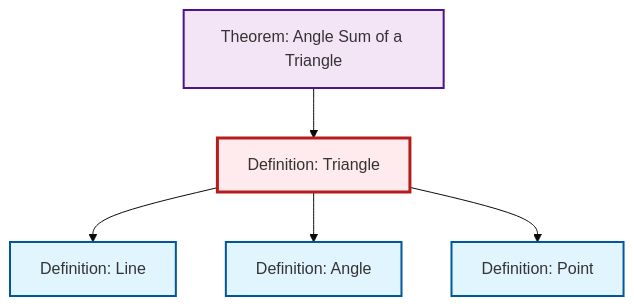
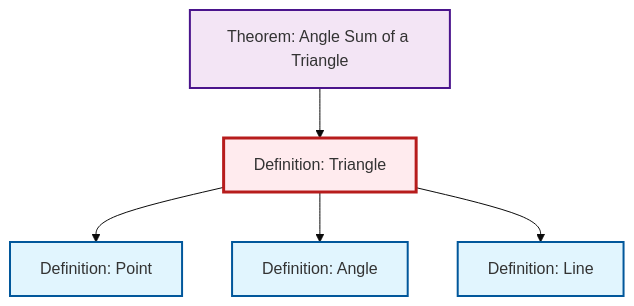
One commit to RK0429/ModernMath changed the diagram in content/ja/geometry/def-triangle.qmd. Above: the diagram before and after it, drawn with Mermaid (base theme). The commit also changed other lines of this file and 360 other files, not shown here.

````diff
--- a/content/ja/geometry/def-triangle.qmd
+++ b/content/ja/geometry/def-triangle.qmd
@@ -60,23 +60,23 @@
 ```{mermaid}
 %%| fig-cap: "Local dependency graph"
 graph TD
     classDef definition fill:#e1f5fe,stroke:#01579b,stroke-width:2px
     classDef theorem fill:#f3e5f5,stroke:#4a148c,stroke-width:2px
     classDef axiom fill:#fff3e0,stroke:#e65100,stroke-width:2px
     classDef example fill:#e8f5e9,stroke:#1b5e20,stroke-width:2px
     classDef current fill:#ffebee,stroke:#b71c1c,stroke-width:3px
-    def-point["Definition: Point"]:::definition
-    def-line["Definition: Line"]:::definition
     thm-angle-sum-triangle["Theorem: Angle Sum of a Triangle"]:::theorem
     def-angle["Definition: Angle"]:::definition
     def-triangle["Definition: Triangle"]:::definition
-    def-triangle --> def-line
-    def-triangle --> def-angle
+    def-point["Definition: Point"]:::definition
+    def-line["Definition: Line"]:::definition
     thm-angle-sum-triangle --> def-triangle
     def-triangle --> def-point
+    def-triangle --> def-angle
+    def-triangle --> def-line
     class def-triangle current
+    click thm-angle-sum-triangle "thm-angle-sum-triangle.html" "Theorem: Angle Sum of a Triangleへ"
+    click def-angle "def-angle.html" "Definition: Angleへ"
     click def-point "def-point.html" "Definition: Pointへ"
     click def-line "def-line.html" "Definition: Lineへ"
-    click thm-angle-sum-triangle "thm-angle-sum-triangle.html" "Theorem: Angle Sum of a Triangleへ"
-    click def-angle "def-angle.html" "Definition: Angleへ"
 ```
````
